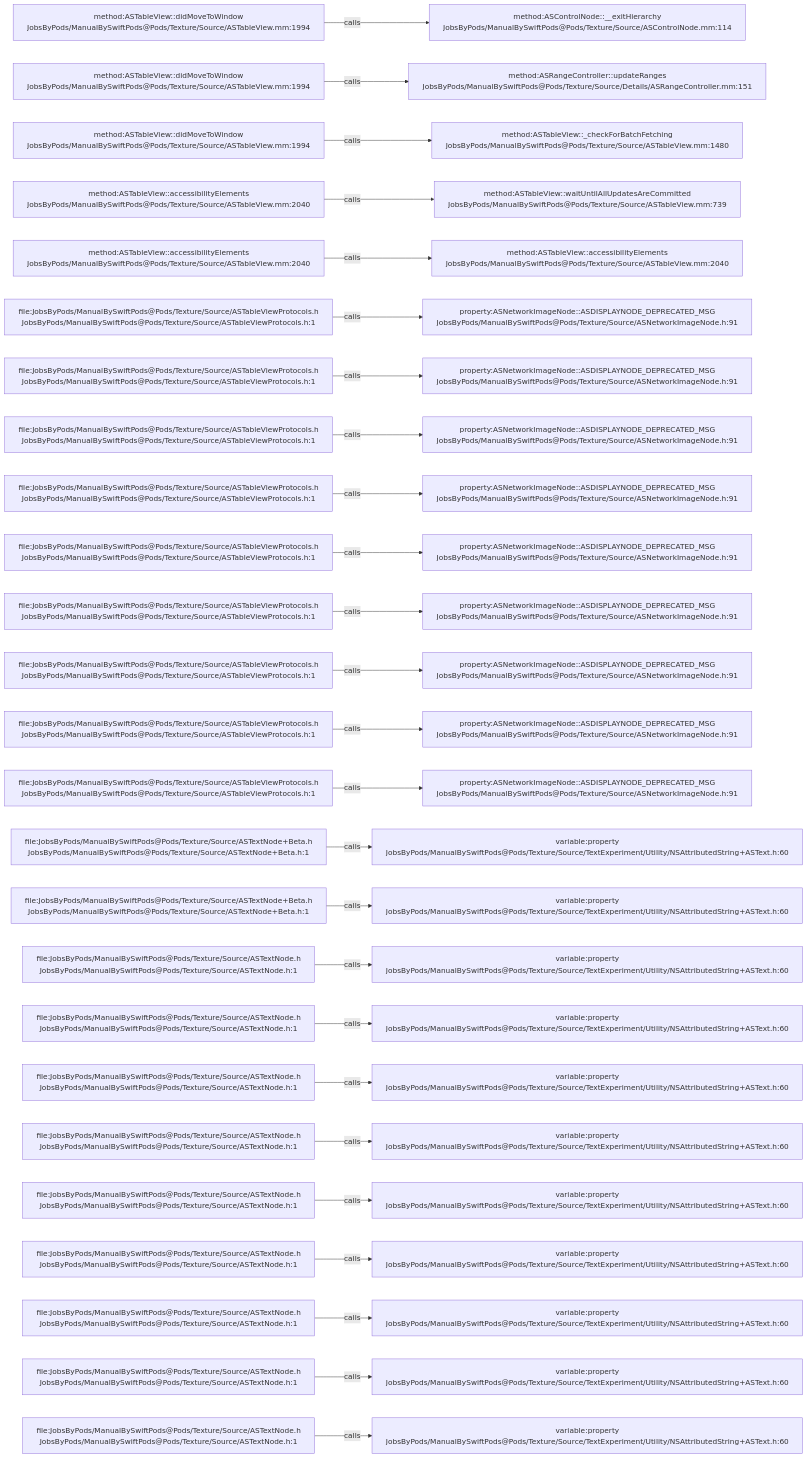
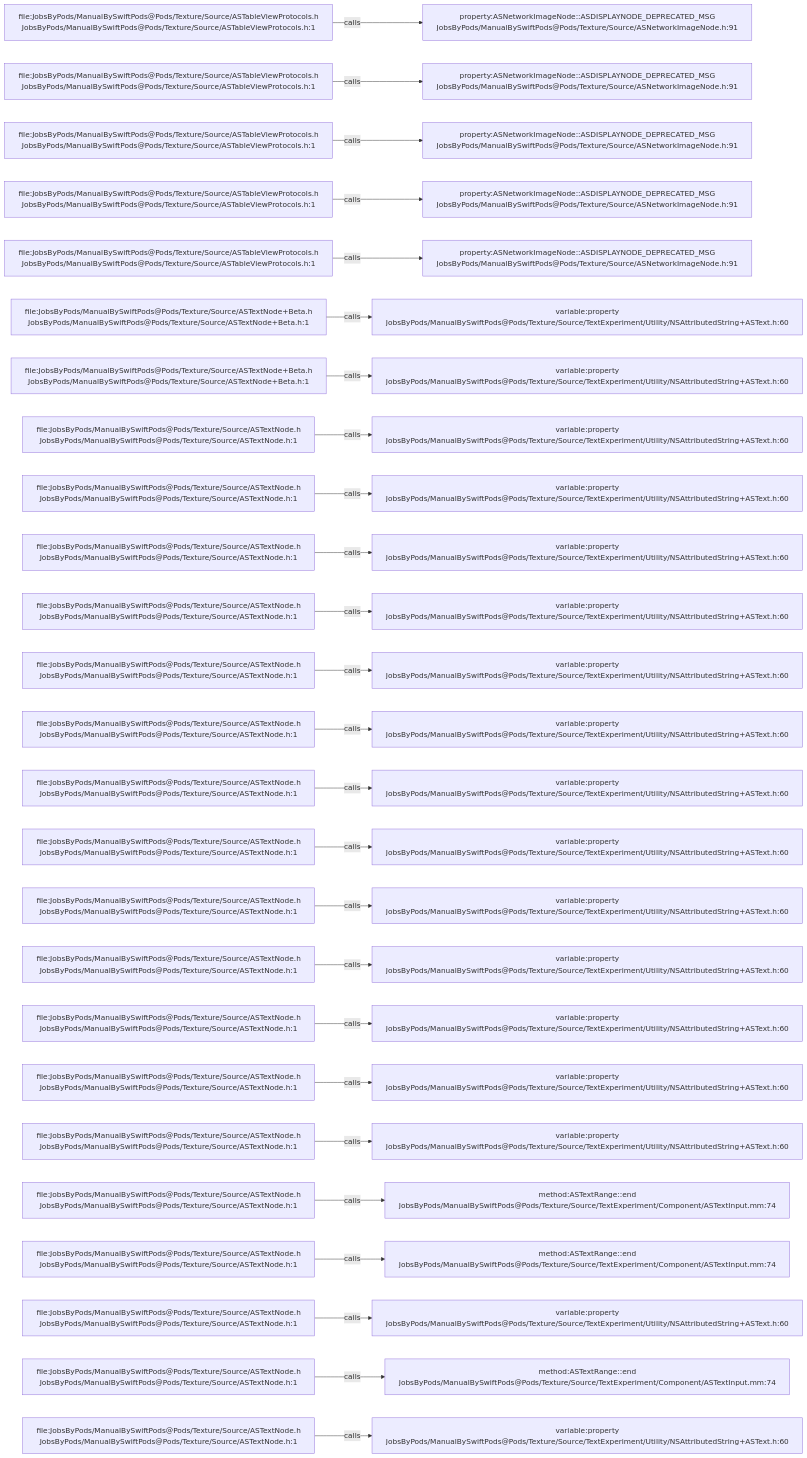
The diagram in .codegraph/codegraph.md/graphs/calls-064.md (JobsKits/JobsSwiftBaseConfigDemo), drawn with Mermaid before and after one commit. The commit also changed 707 other files, not shown here.

````diff
--- a/.codegraph/codegraph.md/graphs/calls-064.md
+++ b/.codegraph/codegraph.md/graphs/calls-064.md
@@ -13,78 +13,78 @@
 ```mermaid
 flowchart LR
-  S1["method:ASTableView::didMoveToWindow<br/>JobsByPods/ManualBySwiftPods@Pods/Texture/Source/ASTableView.mm:1994"]
-  T1["method:ASControlNode::__exitHierarchy<br/>JobsByPods/ManualBySwiftPods@Pods/Texture/Source/ASControlNode.mm:114"]
+  S1["file:JobsByPods/ManualBySwiftPods@Pods/Texture/Source/ASTableViewProtocols.h<br/>JobsByPods/ManualBySwiftPods@Pods/Texture/Source/ASTableViewProtocols.h:1"]
+  T1["property:ASNetworkImageNode::ASDISPLAYNODE_DEPRECATED_MSG<br/>JobsByPods/ManualBySwiftPods@Pods/Texture/Source/ASNetworkImageNode.h:91"]
   S1 -->|calls| T1
-  S2["method:ASTableView::didMoveToWindow<br/>JobsByPods/ManualBySwiftPods@Pods/Texture/Source/ASTableView.mm:1994"]
-  T2["method:ASRangeController::updateRanges<br/>JobsByPods/ManualBySwiftPods@Pods/Texture/Source/Details/ASRangeController.mm:151"]
+  S2["file:JobsByPods/ManualBySwiftPods@Pods/Texture/Source/ASTableViewProtocols.h<br/>JobsByPods/ManualBySwiftPods@Pods/Texture/Source/ASTableViewProtocols.h:1"]
+  T2["property:ASNetworkImageNode::ASDISPLAYNODE_DEPRECATED_MSG<br/>JobsByPods/ManualBySwiftPods@Pods/Texture/Source/ASNetworkImageNode.h:91"]
   S2 -->|calls| T2
-  S3["method:ASTableView::didMoveToWindow<br/>JobsByPods/ManualBySwiftPods@Pods/Texture/Source/ASTableView.mm:1994"]
-  T3["method:ASTableView::_checkForBatchFetching<br/>JobsByPods/ManualBySwiftPods@Pods/Texture/Source/ASTableView.mm:1480"]
+  S3["file:JobsByPods/ManualBySwiftPods@Pods/Texture/Source/ASTableViewProtocols.h<br/>JobsByPods/ManualBySwiftPods@Pods/Texture/Source/ASTableViewProtocols.h:1"]
+  T3["property:ASNetworkImageNode::ASDISPLAYNODE_DEPRECATED_MSG<br/>JobsByPods/ManualBySwiftPods@Pods/Texture/Source/ASNetworkImageNode.h:91"]
   S3 -->|calls| T3
-  S4["method:ASTableView::accessibilityElements<br/>JobsByPods/ManualBySwiftPods@Pods/Texture/Source/ASTableView.mm:2040"]
-  T4["method:ASTableView::waitUntilAllUpdatesAreCommitted<br/>JobsByPods/ManualBySwiftPods@Pods/Texture/Source/ASTableView.mm:739"]
+  S4["file:JobsByPods/ManualBySwiftPods@Pods/Texture/Source/ASTableViewProtocols.h<br/>JobsByPods/ManualBySwiftPods@Pods/Texture/Source/ASTableViewProtocols.h:1"]
+  T4["property:ASNetworkImageNode::ASDISPLAYNODE_DEPRECATED_MSG<br/>JobsByPods/ManualBySwiftPods@Pods/Texture/Source/ASNetworkImageNode.h:91"]
   S4 -->|calls| T4
-  S5["method:ASTableView::accessibilityElements<br/>JobsByPods/ManualBySwiftPods@Pods/Texture/Source/ASTableView.mm:2040"]
-  T5["method:ASTableView::accessibilityElements<br/>JobsByPods/ManualBySwiftPods@Pods/Texture/Source/ASTableView.mm:2040"]
+  S5["file:JobsByPods/ManualBySwiftPods@Pods/Texture/Source/ASTableViewProtocols.h<br/>JobsByPods/ManualBySwiftPods@Pods/Texture/Source/ASTableViewProtocols.h:1"]
+  T5["property:ASNetworkImageNode::ASDISPLAYNODE_DEPRECATED_MSG<br/>JobsByPods/ManualBySwiftPods@Pods/Texture/Source/ASNetworkImageNode.h:91"]
   S5 -->|calls| T5
-  S6["file:JobsByPods/ManualBySwiftPods@Pods/Texture/Source/ASTableViewProtocols.h<br/>JobsByPods/ManualBySwiftPods@Pods/Texture/Source/ASTableViewProtocols.h:1"]
-  T6["property:ASNetworkImageNode::ASDISPLAYNODE_DEPRECATED_MSG<br/>JobsByPods/ManualBySwiftPods@Pods/Texture/Source/ASNetworkImageNode.h:91"]
+  S6["file:JobsByPods/ManualBySwiftPods@Pods/Texture/Source/ASTextNode+Beta.h<br/>JobsByPods/ManualBySwiftPods@Pods/Texture/Source/ASTextNode+Beta.h:1"]
+  T6["variable:property<br/>JobsByPods/ManualBySwiftPods@Pods/Texture/Source/TextExperiment/Utility/NSAttributedString+ASText.h:60"]
   S6 -->|calls| T6
-  S7["file:JobsByPods/ManualBySwiftPods@Pods/Texture/Source/ASTableViewProtocols.h<br/>JobsByPods/ManualBySwiftPods@Pods/Texture/Source/ASTableViewProtocols.h:1"]
-  T7["property:ASNetworkImageNode::ASDISPLAYNODE_DEPRECATED_MSG<br/>JobsByPods/ManualBySwiftPods@Pods/Texture/Source/ASNetworkImageNode.h:91"]
+  S7["file:JobsByPods/ManualBySwiftPods@Pods/Texture/Source/ASTextNode+Beta.h<br/>JobsByPods/ManualBySwiftPods@Pods/Texture/Source/ASTextNode+Beta.h:1"]
+  T7["variable:property<br/>JobsByPods/ManualBySwiftPods@Pods/Texture/Source/TextExperiment/Utility/NSAttributedString+ASText.h:60"]
   S7 -->|calls| T7
-  S8["file:JobsByPods/ManualBySwiftPods@Pods/Texture/Source/ASTableViewProtocols.h<br/>JobsByPods/ManualBySwiftPods@Pods/Texture/Source/ASTableViewProtocols.h:1"]
-  T8["property:ASNetworkImageNode::ASDISPLAYNODE_DEPRECATED_MSG<br/>JobsByPods/ManualBySwiftPods@Pods/Texture/Source/ASNetworkImageNode.h:91"]
+  S8["file:JobsByPods/ManualBySwiftPods@Pods/Texture/Source/ASTextNode.h<br/>JobsByPods/ManualBySwiftPods@Pods/Texture/Source/ASTextNode.h:1"]
+  T8["variable:property<br/>JobsByPods/ManualBySwiftPods@Pods/Texture/Source/TextExperiment/Utility/NSAttributedString+ASText.h:60"]
   S8 -->|calls| T8
-  S9["file:JobsByPods/ManualBySwiftPods@Pods/Texture/Source/ASTableViewProtocols.h<br/>JobsByPods/ManualBySwiftPods@Pods/Texture/Source/ASTableViewProtocols.h:1"]
-  T9["property:ASNetworkImageNode::ASDISPLAYNODE_DEPRECATED_MSG<br/>JobsByPods/ManualBySwiftPods@Pods/Texture/Source/ASNetworkImageNode.h:91"]
+  S9["file:JobsByPods/ManualBySwiftPods@Pods/Texture/Source/ASTextNode.h<br/>JobsByPods/ManualBySwiftPods@Pods/Texture/Source/ASTextNode.h:1"]
+  T9["variable:property<br/>JobsByPods/ManualBySwiftPods@Pods/Texture/Source/TextExperiment/Utility/NSAttributedString+ASText.h:60"]
   S9 -->|calls| T9
-  S10["file:JobsByPods/ManualBySwiftPods@Pods/Texture/Source/ASTableViewProtocols.h<br/>JobsByPods/ManualBySwiftPods@Pods/Texture/Source/ASTableViewProtocols.h:1"]
-  T10["property:ASNetworkImageNode::ASDISPLAYNODE_DEPRECATED_MSG<br/>JobsByPods/ManualBySwiftPods@Pods/Texture/Source/ASNetworkImageNode.h:91"]
+  S10["file:JobsByPods/ManualBySwiftPods@Pods/Texture/Source/ASTextNode.h<br/>JobsByPods/ManualBySwiftPods@Pods/Texture/Source/ASTextNode.h:1"]
+  T10["variable:property<br/>JobsByPods/ManualBySwiftPods@Pods/Texture/Source/TextExperiment/Utility/NSAttributedString+ASText.h:60"]
   S10 -->|calls| T10
-  S11["file:JobsByPods/ManualBySwiftPods@Pods/Texture/Source/ASTableViewProtocols.h<br/>JobsByPods/ManualBySwiftPods@Pods/Texture/Source/ASTableViewProtocols.h:1"]
-  T11["property:ASNetworkImageNode::ASDISPLAYNODE_DEPRECATED_MSG<br/>JobsByPods/ManualBySwiftPods@Pods/Texture/Source/ASNetworkImageNode.h:91"]
+  S11["file:JobsByPods/ManualBySwiftPods@Pods/Texture/Source/ASTextNode.h<br/>JobsByPods/ManualBySwiftPods@Pods/Texture/Source/ASTextNode.h:1"]
+  T11["variable:property<br/>JobsByPods/ManualBySwiftPods@Pods/Texture/Source/TextExperiment/Utility/NSAttributedString+ASText.h:60"]
   S11 -->|calls| T11
-  S12["file:JobsByPods/ManualBySwiftPods@Pods/Texture/Source/ASTableViewProtocols.h<br/>JobsByPods/ManualBySwiftPods@Pods/Texture/Source/ASTableViewProtocols.h:1"]
-  T12["property:ASNetworkImageNode::ASDISPLAYNODE_DEPRECATED_MSG<br/>JobsByPods/ManualBySwiftPods@Pods/Texture/Source/ASNetworkImageNode.h:91"]
+  S12["file:JobsByPods/ManualBySwiftPods@Pods/Texture/Source/ASTextNode.h<br/>JobsByPods/ManualBySwiftPods@Pods/Texture/Source/ASTextNode.h:1"]
+  T12["variable:property<br/>JobsByPods/ManualBySwiftPods@Pods/Texture/Source/TextExperiment/Utility/NSAttributedString+ASText.h:60"]
   S12 -->|calls| T12
-  S13["file:JobsByPods/ManualBySwiftPods@Pods/Texture/Source/ASTableViewProtocols.h<br/>JobsByPods/ManualBySwiftPods@Pods/Texture/Source/ASTableViewProtocols.h:1"]
-  T13["property:ASNetworkImageNode::ASDISPLAYNODE_DEPRECATED_MSG<br/>JobsByPods/ManualBySwiftPods@Pods/Texture/Source/ASNetworkImageNode.h:91"]
+  S13["file:JobsByPods/ManualBySwiftPods@Pods/Texture/Source/ASTextNode.h<br/>JobsByPods/ManualBySwiftPods@Pods/Texture/Source/ASTextNode.h:1"]
+  T13["variable:property<br/>JobsByPods/ManualBySwiftPods@Pods/Texture/Source/TextExperiment/Utility/NSAttributedString+ASText.h:60"]
   S13 -->|calls| T13
-  S14["file:JobsByPods/ManualBySwiftPods@Pods/Texture/Source/ASTableViewProtocols.h<br/>JobsByPods/ManualBySwiftPods@Pods/Texture/Source/ASTableViewProtocols.h:1"]
-  T14["property:ASNetworkImageNode::ASDISPLAYNODE_DEPRECATED_MSG<br/>JobsByPods/ManualBySwiftPods@Pods/Texture/Source/ASNetworkImageNode.h:91"]
+  S14["file:JobsByPods/ManualBySwiftPods@Pods/Texture/Source/ASTextNode.h<br/>JobsByPods/ManualBySwiftPods@Pods/Texture/Source/ASTextNode.h:1"]
+  T14["variable:property<br/>JobsByPods/ManualBySwiftPods@Pods/Texture/Source/TextExperiment/Utility/NSAttributedString+ASText.h:60"]
   S14 -->|calls| T14
-  S15["file:JobsByPods/ManualBySwiftPods@Pods/Texture/Source/ASTextNode+Beta.h<br/>JobsByPods/ManualBySwiftPods@Pods/Texture/Source/ASTextNode+Beta.h:1"]
+  S15["file:JobsByPods/ManualBySwiftPods@Pods/Texture/Source/ASTextNode.h<br/>JobsByPods/ManualBySwiftPods@Pods/Texture/Source/ASTextNode.h:1"]
   T15["variable:property<br/>JobsByPods/ManualBySwiftPods@Pods/Texture/Source/TextExperiment/Utility/NSAttributedString+ASText.h:60"]
   S15 -->|calls| T15
-  S16["file:JobsByPods/ManualBySwiftPods@Pods/Texture/Source/ASTextNode+Beta.h<br/>JobsByPods/ManualBySwiftPods@Pods/Texture/Source/ASTextNode+Beta.h:1"]
+  S16["file:JobsByPods/ManualBySwiftPods@Pods/Texture/Source/ASTextNode.h<br/>JobsByPods/ManualBySwiftPods@Pods/Texture/Source/ASTextNode.h:1"]
   T16["variable:property<br/>JobsByPods/ManualBySwiftPods@Pods/Texture/Source/TextExperiment/Utility/NSAttributedString+ASText.h:60"]
   S16 -->|calls| T16
   S17["file:JobsByPods/ManualBySwiftPods@Pods/Texture/Source/ASTextNode.h<br/>JobsByPods/ManualBySwiftPods@Pods/Texture/Source/ASTextNode.h:1"]
   T17["variable:property<br/>JobsByPods/ManualBySwiftPods@Pods/Texture/Source/TextExperiment/Utility/NSAttributedString+ASText.h:60"]
   S17 -->|calls| T17
   S18["file:JobsByPods/ManualBySwiftPods@Pods/Texture/Source/ASTextNode.h<br/>JobsByPods/ManualBySwiftPods@Pods/Texture/Source/ASTextNode.h:1"]
   T18["variable:property<br/>JobsByPods/ManualBySwiftPods@Pods/Texture/Source/TextExperiment/Utility/NSAttributedString+ASText.h:60"]
   S18 -->|calls| T18
   S19["file:JobsByPods/ManualBySwiftPods@Pods/Texture/Source/ASTextNode.h<br/>JobsByPods/ManualBySwiftPods@Pods/Texture/Source/ASTextNode.h:1"]
   T19["variable:property<br/>JobsByPods/ManualBySwiftPods@Pods/Texture/Source/TextExperiment/Utility/NSAttributedString+ASText.h:60"]
   S19 -->|calls| T19
   S20["file:JobsByPods/ManualBySwiftPods@Pods/Texture/Source/ASTextNode.h<br/>JobsByPods/ManualBySwiftPods@Pods/Texture/Source/ASTextNode.h:1"]
   T20["variable:property<br/>JobsByPods/ManualBySwiftPods@Pods/Texture/Source/TextExperiment/Utility/NSAttributedString+ASText.h:60"]
   S20 -->|calls| T20
   S21["file:JobsByPods/ManualBySwiftPods@Pods/Texture/Source/ASTextNode.h<br/>JobsByPods/ManualBySwiftPods@Pods/Texture/Source/ASTextNode.h:1"]
-  T21["variable:property<br/>JobsByPods/ManualBySwiftPods@Pods/Texture/Source/TextExperiment/Utility/NSAttributedString+ASText.h:60"]
+  T21["method:ASTextRange::end<br/>JobsByPods/ManualBySwiftPods@Pods/Texture/Source/TextExperiment/Component/ASTextInput.mm:74"]
   S21 -->|calls| T21
   S22["file:JobsByPods/ManualBySwiftPods@Pods/Texture/Source/ASTextNode.h<br/>JobsByPods/ManualBySwiftPods@Pods/Texture/Source/ASTextNode.h:1"]
-  T22["variable:property<br/>JobsByPods/ManualBySwiftPods@Pods/Texture/Source/TextExperiment/Utility/NSAttributedString+ASText.h:60"]
+  T22["method:ASTextRange::end<br/>JobsByPods/ManualBySwiftPods@Pods/Texture/Source/TextExperiment/Component/ASTextInput.mm:74"]
   S22 -->|calls| T22
   S23["file:JobsByPods/ManualBySwiftPods@Pods/Texture/Source/ASTextNode.h<br/>JobsByPods/ManualBySwiftPods@Pods/Texture/Source/ASTextNode.h:1"]
   T23["variable:property<br/>JobsByPods/ManualBySwiftPods@Pods/Texture/Source/TextExperiment/Utility/NSAttributedString+ASText.h:60"]
   S23 -->|calls| T23
   S24["file:JobsByPods/ManualBySwiftPods@Pods/Texture/Source/ASTextNode.h<br/>JobsByPods/ManualBySwiftPods@Pods/Texture/Source/ASTextNode.h:1"]
-  T24["variable:property<br/>JobsByPods/ManualBySwiftPods@Pods/Texture/Source/TextExperiment/Utility/NSAttributedString+ASText.h:60"]
+  T24["method:ASTextRange::end<br/>JobsByPods/ManualBySwiftPods@Pods/Texture/Source/TextExperiment/Component/ASTextInput.mm:74"]
   S24 -->|calls| T24
   S25["file:JobsByPods/ManualBySwiftPods@Pods/Texture/Source/ASTextNode.h<br/>JobsByPods/ManualBySwiftPods@Pods/Texture/Source/ASTextNode.h:1"]
   T25["variable:property<br/>JobsByPods/ManualBySwiftPods@Pods/Texture/Source/TextExperiment/Utility/NSAttributedString+ASText.h:60"]
   S25 -->|calls| T25
 ```
````
